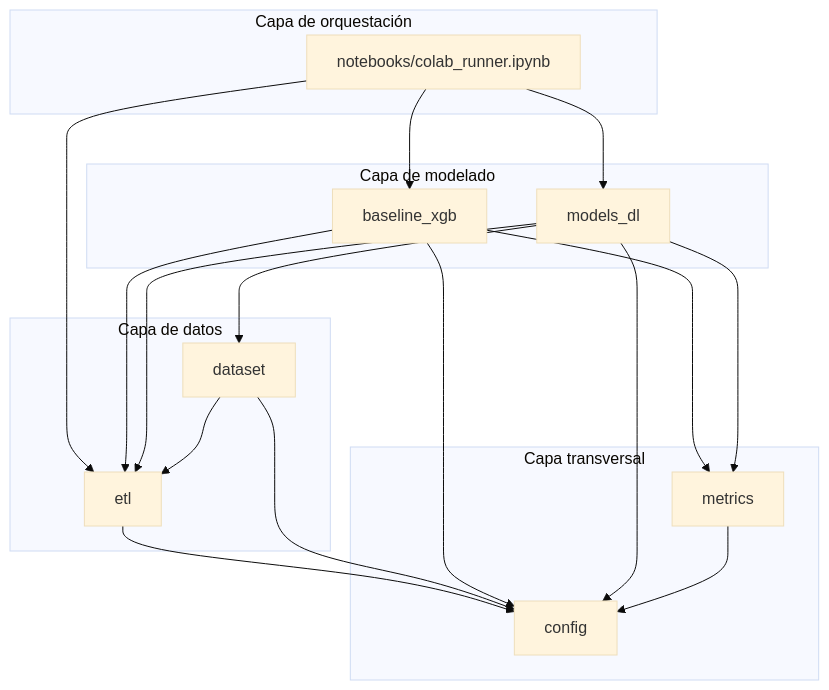
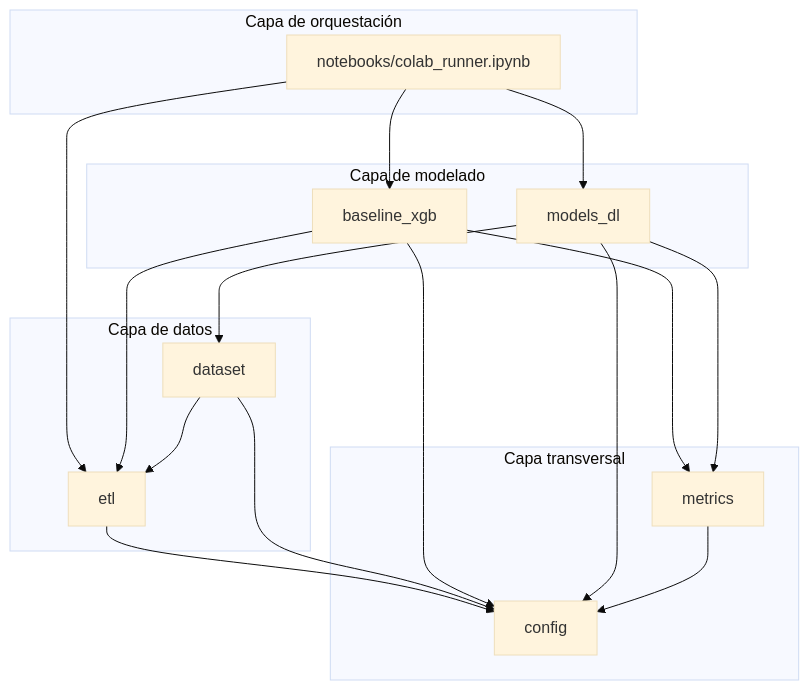
Before and after one commit to facupeletay/nasa-turbofan-rul: the diagram in docs/03_logical_architecture.md, drawn with Mermaid (base theme). The commit also changed other lines of this file and 3 other files, not shown here.

````diff
--- a/docs/03_logical_architecture.md
+++ b/docs/03_logical_architecture.md
@@ -11,33 +11,32 @@
 ```mermaid
 flowchart TB
     subgraph ORQ["Capa de orquestación"]
         NB["notebooks/colab_runner.ipynb"]
     end
     subgraph MOD["Capa de modelado"]
         XGB["baseline_xgb"]
         DL["models_dl"]
     end
     subgraph DAT["Capa de datos"]
         ETL["etl"]
         DS["dataset"]
     end
     subgraph TRANS["Capa transversal"]
         CFG["config"]
         MET["metrics"]
     end
 
     NB --> ETL
     NB --> XGB
     NB --> DL
     XGB --> ETL
     XGB --> MET
     DL --> DS
-    DL --> ETL
     DL --> MET
     ETL --> CFG
     DS --> ETL
     DS --> CFG
     XGB --> CFG
     DL --> CFG
     MET --> CFG
 ```
````
